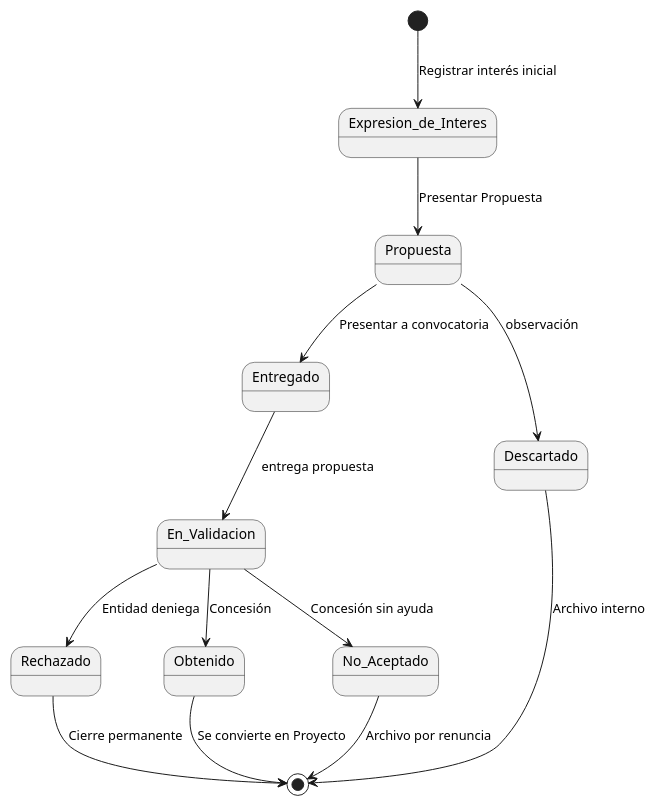
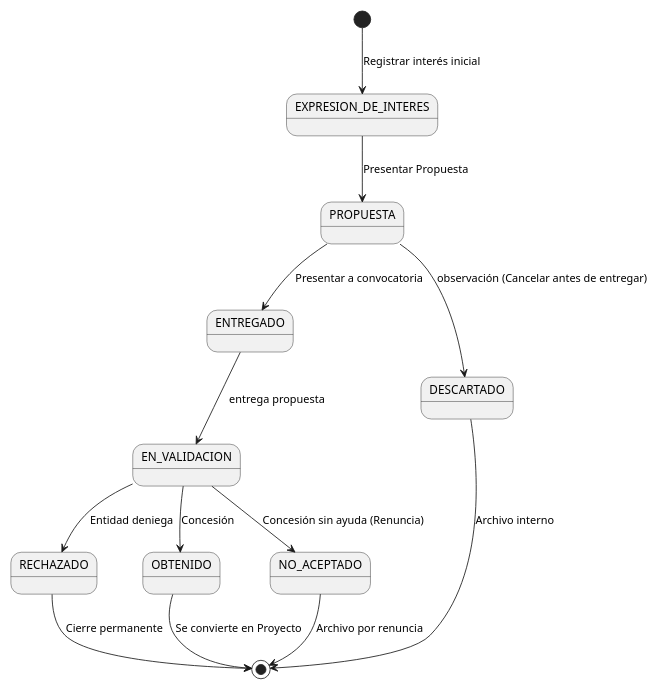
One commit to Angelo2272/26-27-IdSw1-SDR changed the diagram in modelosUML/00-modelo-del-dominio/diagrama-de-estados-propuesta.puml. Above: the diagram before and after it, drawn with PlantUML.

Commit message:
fix: correccion puml con estados en mayuscula

```diff
--- a/modelosUML/00-modelo-del-dominio/diagrama-de-estados-propuesta.puml
+++ b/modelosUML/00-modelo-del-dominio/diagrama-de-estados-propuesta.puml
@@ -1,45 +1,30 @@
 @startuml
 scale 600 width
 
-[*] --> Expresion_de_Interes : Registrar interés inicial
+[*] --> EXPRESION_DE_INTERES : Registrar interés inicial
 
-state Expresion_de_Interes {
-}
+state EXPRESION_DE_INTERES
+state PROPUESTA
+state ENTREGADO
+state EN_VALIDACION
+state DESCARTADO
+state RECHAZADO
+state OBTENIDO
+state NO_ACEPTADO
 
-state Propuesta {
-}
+EXPRESION_DE_INTERES --> PROPUESTA : Presentar Propuesta
+PROPUESTA --> ENTREGADO : Presentar a convocatoria
+ENTREGADO --> EN_VALIDACION : entrega propuesta
 
-state Entregado {
-}
+EN_VALIDACION --> OBTENIDO : Concesión
+EN_VALIDACION --> RECHAZADO : Entidad deniega
 
-state En_Validacion {
-}
+PROPUESTA --> DESCARTADO : observación (Cancelar antes de entregar)
+EN_VALIDACION --> NO_ACEPTADO : Concesión sin ayuda (Renuncia)
 
-state Descartado {
-}
-
-state Rechazado {
-}
-
-state Obtenido {
-}
-
-state No_Aceptado {
-}
-
-Expresion_de_Interes --> Propuesta : Presentar Propuesta
-Propuesta --> Entregado : Presentar a convocatoria
-Entregado --> En_Validacion : entrega propuesta
-
-En_Validacion --> Obtenido : Concesión
-En_Validacion --> Rechazado : Entidad deniega
-
-Propuesta --> Descartado : observación 
-En_Validacion --> No_Aceptado : Concesión sin ayuda 
-
-Obtenido --> [*] : Se convierte en Proyecto
-Rechazado --> [*] : Cierre permanente
-Descartado --> [*] : Archivo interno
-No_Aceptado --> [*] : Archivo por renuncia
+OBTENIDO --> [*] : Se convierte en Proyecto
+RECHAZADO --> [*] : Cierre permanente
+DESCARTADO --> [*] : Archivo interno
+NO_ACEPTADO --> [*] : Archivo por renuncia
 
 @enduml
```
